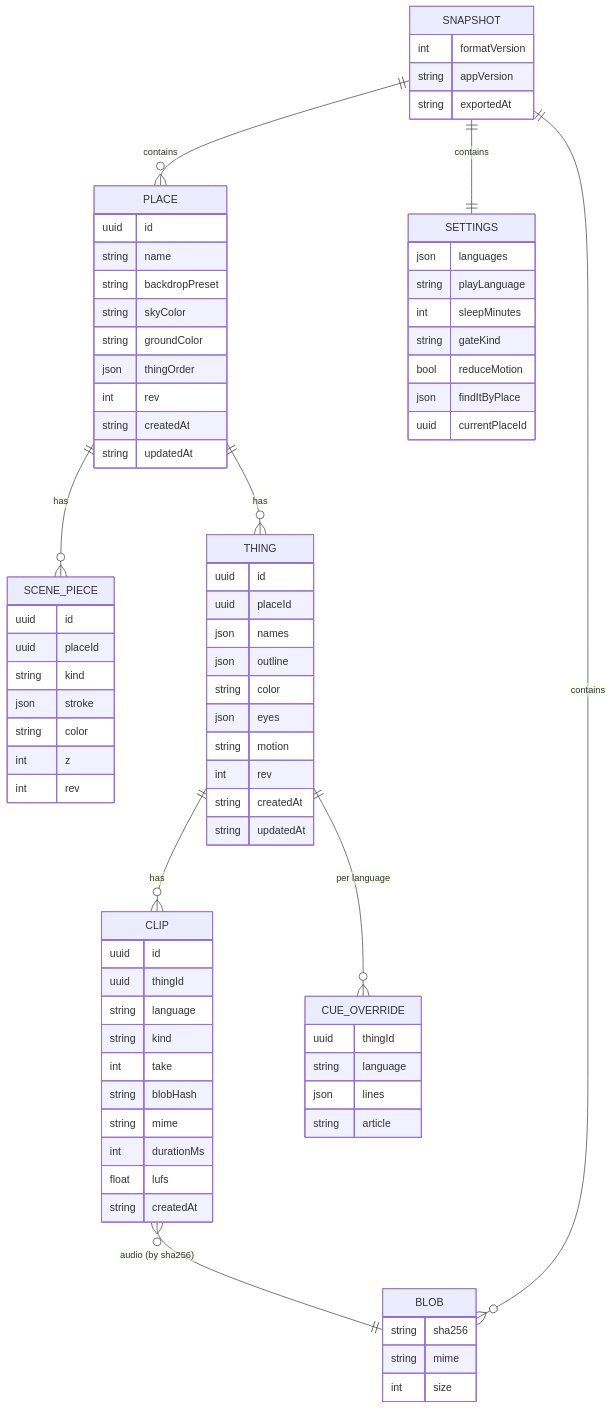
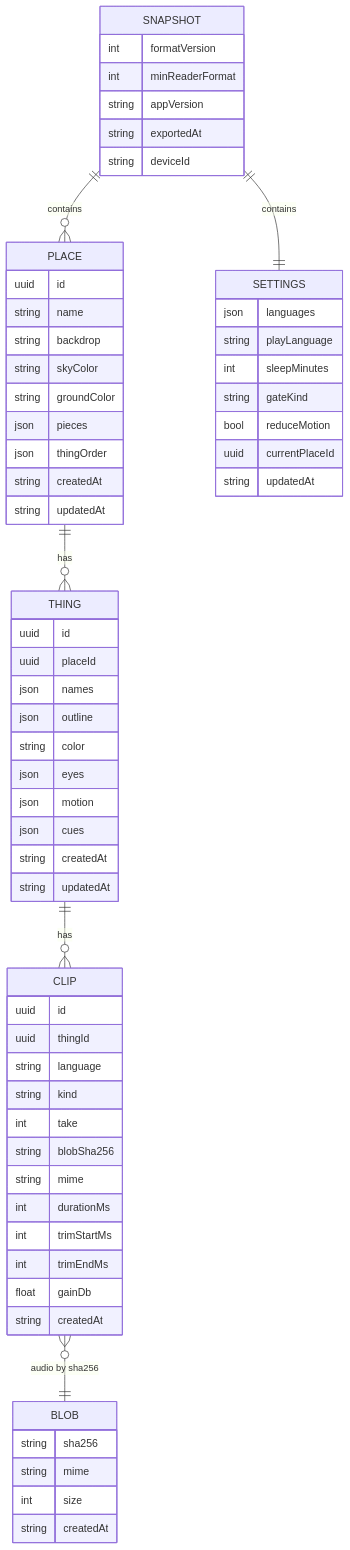
One commit to baalimago/klaras-farm changed the fourth of 5 diagrams in design/ARCHITECTURE.md. Above: the diagram before and after it, drawn with Mermaid. The commit also changed other lines of this file and 1 other file, not shown here.

First line of the commit message:
Revise architecture after five adversarial reviews; add motion-as-data

````diff
--- a/design/ARCHITECTURE.md
+++ b/design/ARCHITECTURE.md
@@ -186,81 +175,67 @@
 ```mermaid
 erDiagram
   SNAPSHOT ||--o{ PLACE : contains
   SNAPSHOT ||--|| SETTINGS : contains
-  SNAPSHOT ||--o{ BLOB : contains
-  PLACE ||--o{ SCENE_PIECE : has
   PLACE ||--o{ THING : has
   THING ||--o{ CLIP : has
-  CLIP }o--|| BLOB : "audio (by sha256)"
-  THING ||--o{ CUE_OVERRIDE : "per language"
-
+  CLIP }o--|| BLOB : "audio by sha256"
   SNAPSHOT {
     int formatVersion
+    int minReaderFormat
     string appVersion
     string exportedAt
+    string deviceId
   }
   PLACE {
     uuid id
     string name
-    string backdropPreset
+    string backdrop
     string skyColor
     string groundColor
+    json pieces
     json thingOrder
-    int rev
     string createdAt
     string updatedAt
-  }
-  SCENE_PIECE {
-    uuid id
-    uuid placeId
-    string kind
-    json stroke
-    string color
-    int z
-    int rev
   }
   THING {
     uuid id
     uuid placeId
     json names
     json outline
     string color
     json eyes
-    string motion
-    int rev
+    json motion
+    json cues
     string createdAt
     string updatedAt
   }
   CLIP {
     uuid id
     uuid thingId
     string language
     string kind
     int take
-    string blobHash
+    string blobSha256
     string mime
     int durationMs
-    float lufs
+    int trimStartMs
+    int trimEndMs
+    float gainDb
     string createdAt
   }
   BLOB {
     string sha256
     string mime
     int size
-  }
-  CUE_OVERRIDE {
-    uuid thingId
-    string language
-    json lines
-    string article
+    string createdAt
   }
   SETTINGS {
     json languages
     string playLanguage
     int sleepMinutes
     string gateKind
     bool reduceMotion
-    json findItByPlace
     uuid currentPlaceId
+    string updatedAt
   }
 ```
````
